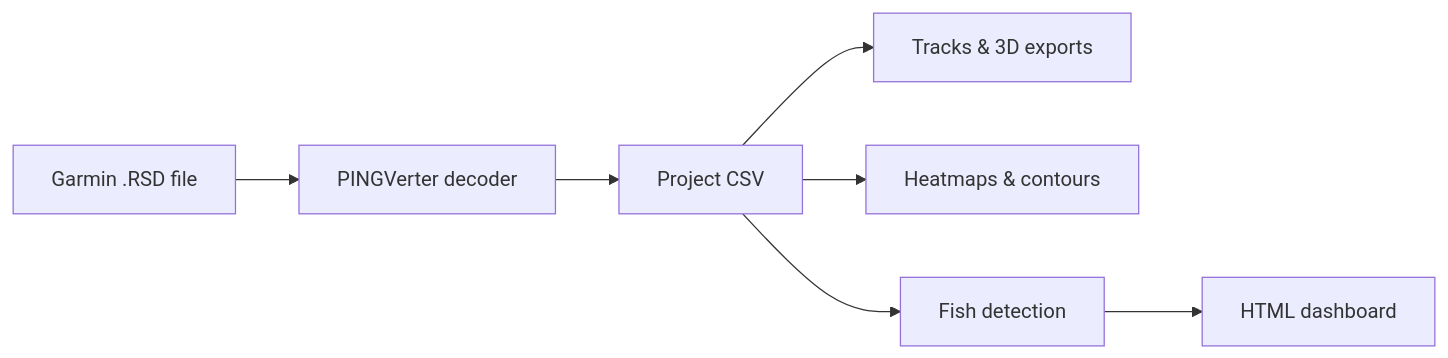
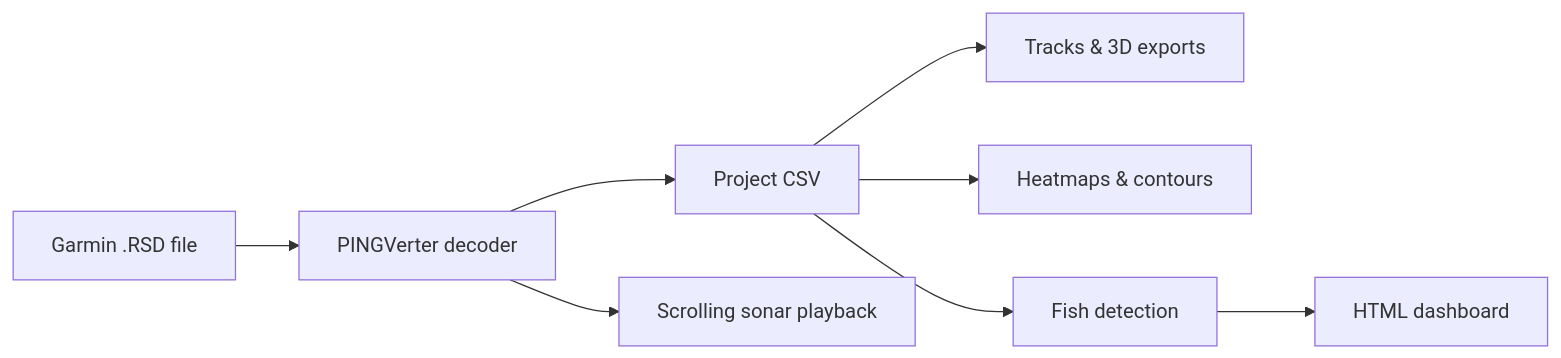
The diagram in README.md (TheMitchyBoy/Garmin-RSD-Converter), drawn with Mermaid before and after one commit. The commit also changed other lines of this file, not shown here.

First line of the commit message:
Document how to use recorded sonar feed and playback

````diff
--- a/README.md
+++ b/README.md
@@ -11,9 +11,10 @@
 ```mermaid
 flowchart LR
     RSD[Garmin .RSD file] --> PV[PINGVerter decoder]
     PV --> CSV[Project CSV]
+    PV --> Play[Scrolling sonar playback]
     CSV --> Maps[Tracks & 3D exports]
     CSV --> Heat[Heatmaps & contours]
     CSV --> Fish[Fish detection]
     Fish --> Dash[HTML dashboard]
 ```
````
